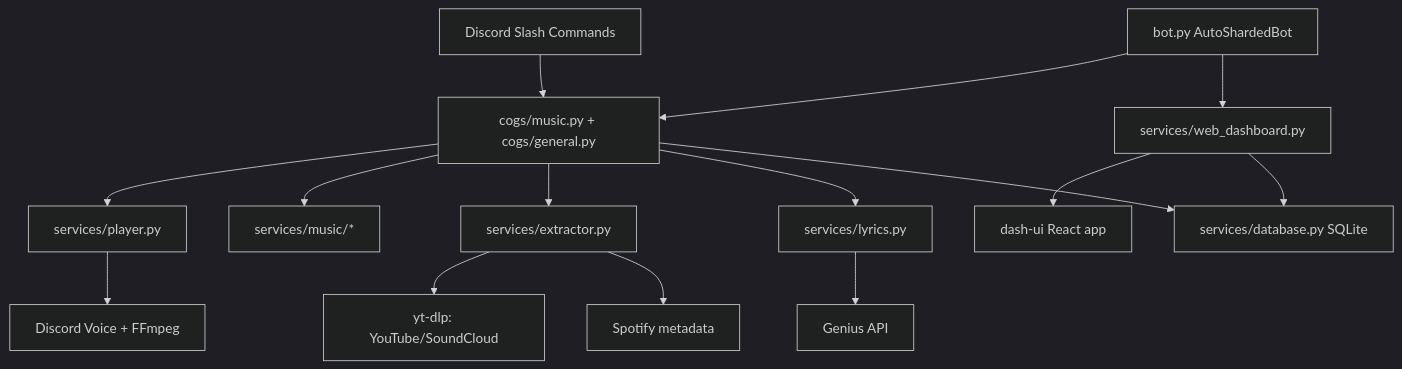
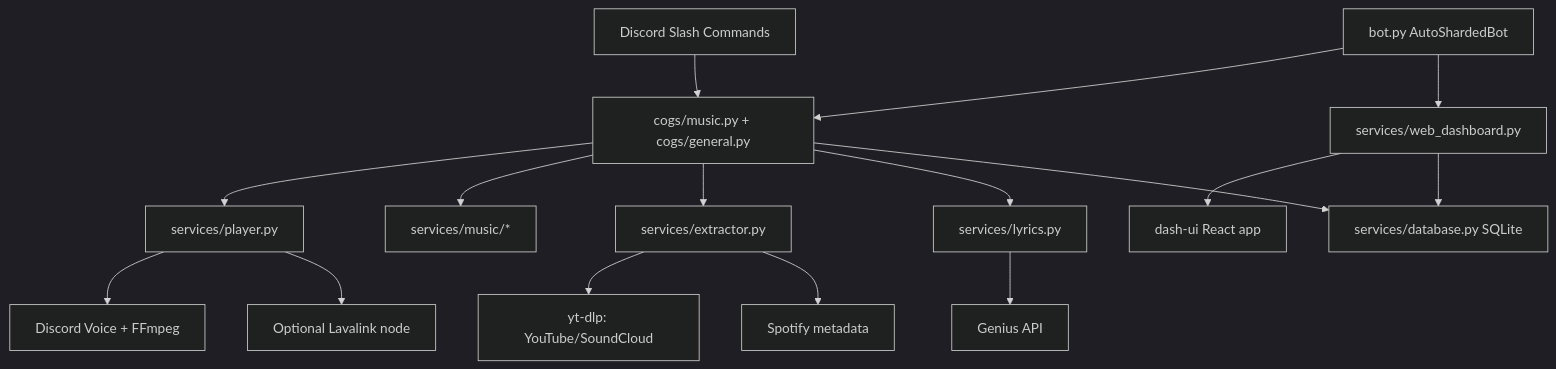
One commit to Marton252/MusicBot changed the diagram in README.md. Above: the diagram before and after it, drawn with Mermaid (dark theme). The commit also changed other lines of this file and 12 other files, not shown here.

````diff
--- a/README.md
+++ b/README.md
@@ -154,19 +169,20 @@
 ```mermaid
 flowchart TD
     Discord["Discord Slash Commands"] --> Cogs["cogs/music.py + cogs/general.py"]
     Cogs --> Player["services/player.py"]
     Cogs --> MusicDomain["services/music/*"]
     Cogs --> Extractor["services/extractor.py"]
     Cogs --> Lyrics["services/lyrics.py"]
 
     Player --> Voice["Discord Voice + FFmpeg"]
+    Player --> Lavalink["Optional Lavalink node"]
     Extractor --> Media["yt-dlp: YouTube/SoundCloud"]
     Extractor --> Spotify["Spotify metadata"]
     Lyrics --> Genius["Genius API"]
 
     Bot["bot.py AutoShardedBot"] --> Cogs
     Bot --> Dashboard["services/web_dashboard.py"]
     Dashboard --> UI["dash-ui React app"]
     Dashboard --> DB["services/database.py SQLite"]
     Cogs --> DB
 ```
````
